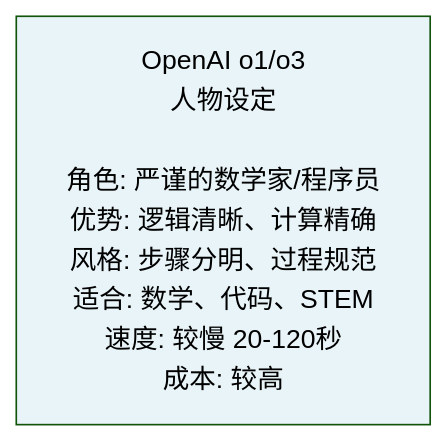
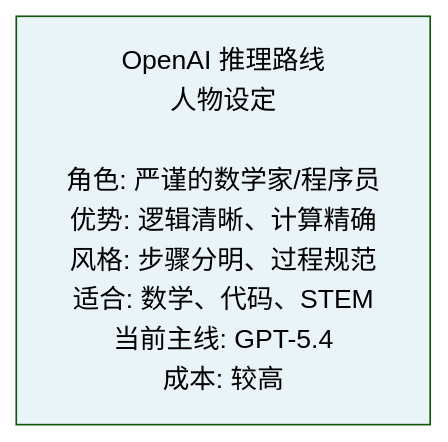
Before and after one commit to changsongyang/ai_beginner_guide: the second of 9 diagrams in 07_reasoning_models/7.4_major_reasoning_models.md, drawn with Mermaid (forest theme). The commit also changed other lines of this file and 4 other files, not shown here.

````diff
--- a/07_reasoning_models/7.4_major_reasoning_models.md
+++ b/07_reasoning_models/7.4_major_reasoning_models.md
@@ -28,5 +28,5 @@
 ```mermaid
 graph LR
-    A["OpenAI o1/o3<br/>人物设定<br/><br/>角色: 严谨的数学家/程序员<br/>优势: 逻辑清晰、计算精确<br/>风格: 步骤分明、过程规范<br/>适合: 数学、代码、STEM<br/>速度: 较慢 20-120秒<br/>成本: 较高"]
+    A["OpenAI 推理路线<br/>人物设定<br/><br/>角色: 严谨的数学家/程序员<br/>优势: 逻辑清晰、计算精确<br/>风格: 步骤分明、过程规范<br/>适合: 数学、代码、STEM<br/>当前主线: GPT-5.4<br/>成本: 较高"]
     style A fill:#E8F4F8
 ```
````
